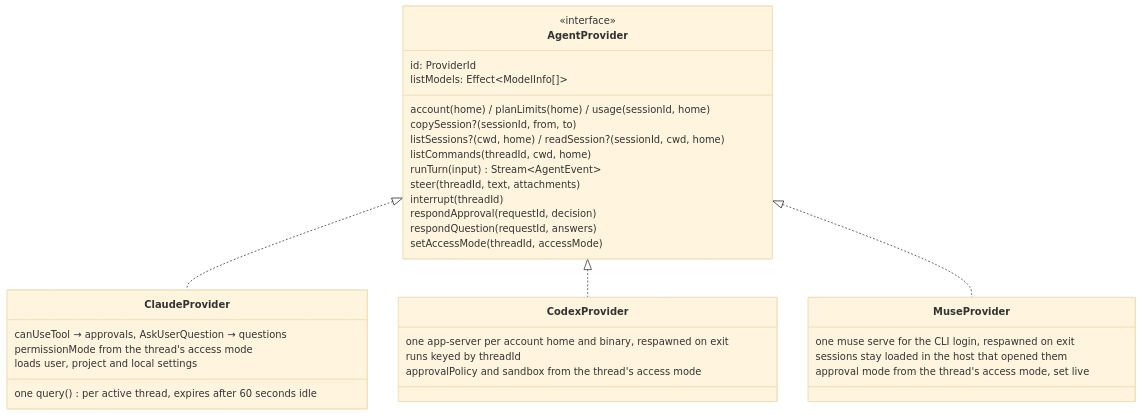
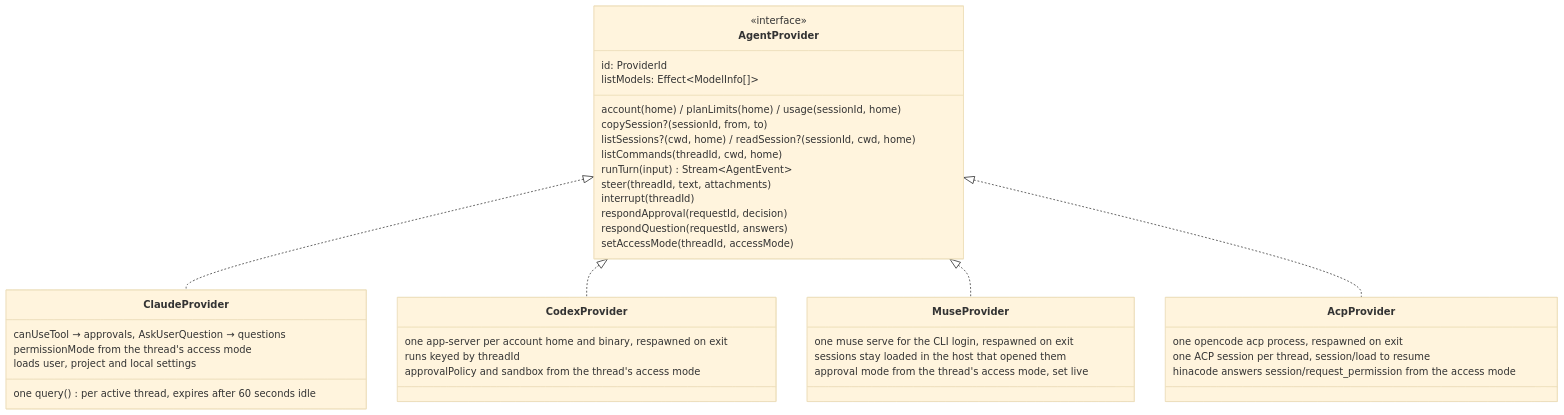
The fifth of 17 diagrams in docs/arch.md (hinadev-ai/hinacode), drawn with Mermaid (base theme) before and after one commit. The commit also changed other lines of this file and 4 other files, not shown here.

Commit message:
docs: describe the opencode provider

````diff
--- a/docs/arch.md
+++ b/docs/arch.md
@@ -153,37 +153,43 @@
 ```mermaid
 classDiagram
   class AgentProvider {
     <<interface>>
     id: ProviderId
     listModels: Effect~ModelInfo[]~
     account(home) / planLimits(home) / usage(sessionId, home)
     copySession?(sessionId, from, to)
     listSessions?(cwd, home) / readSession?(sessionId, cwd, home)
     listCommands(threadId, cwd, home)
     runTurn(input) Stream~AgentEvent~
     steer(threadId, text, attachments)
     interrupt(threadId)
     respondApproval(requestId, decision)
     respondQuestion(requestId, answers)
     setAccessMode(threadId, accessMode)
   }
   class ClaudeProvider {
     one query() per active thread, expires after 60 seconds idle
     canUseTool → approvals, AskUserQuestion → questions
     permissionMode from the thread's access mode
     loads user, project and local settings
   }
   class CodexProvider {
     one app-server per account home and binary, respawned on exit
     runs keyed by threadId
     approvalPolicy and sandbox from the thread's access mode
   }
   class MuseProvider {
     one muse serve for the CLI login, respawned on exit
     sessions stay loaded in the host that opened them
     approval mode from the thread's access mode, set live
   }
+  class AcpProvider {
+    one opencode acp process, respawned on exit
+    one ACP session per thread, session/load to resume
+    hinacode answers session/request_permission from the access mode
+  }
   AgentProvider <|.. ClaudeProvider
   AgentProvider <|.. CodexProvider
   AgentProvider <|.. MuseProvider
+  AgentProvider <|.. AcpProvider
 ```
````
